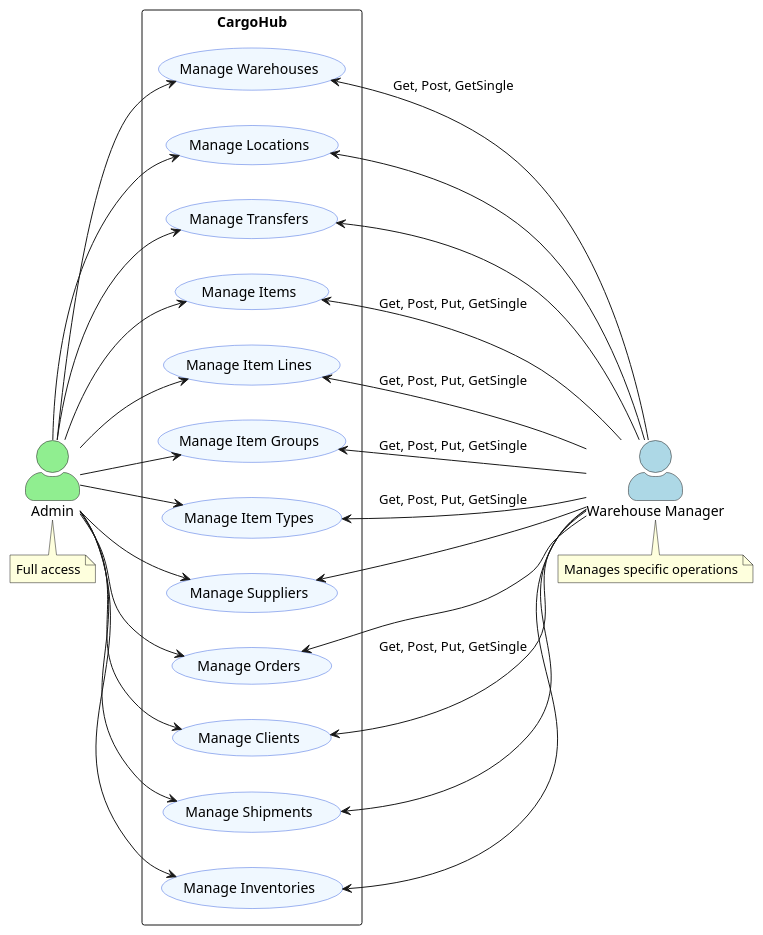
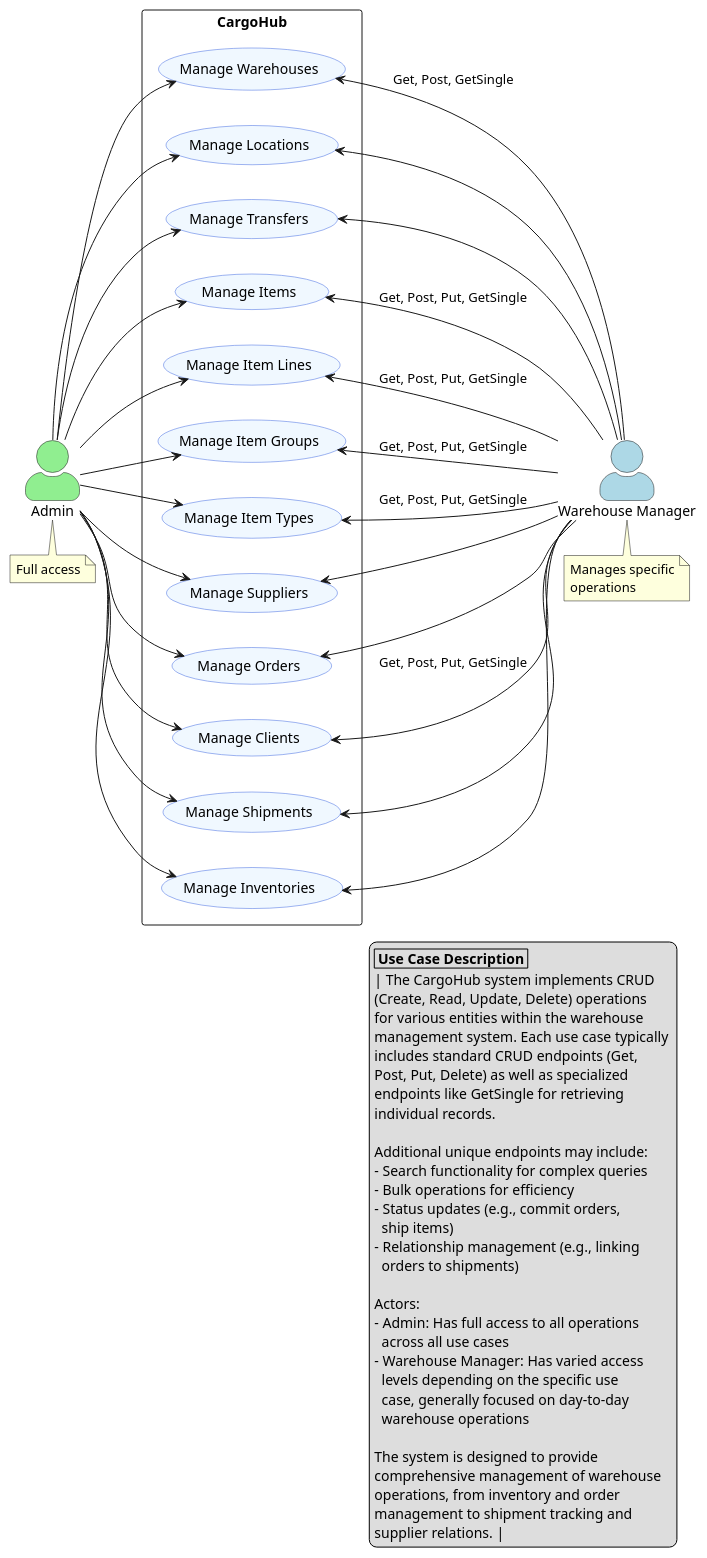
The diagram in Diagrams/usecasediagram.puml (safouuwa/Software-Construction), drawn with PlantUML before and after one commit. The commit also changed 10 other files, not shown here.

First line of the commit message:
Updated Diagrams + Yml update

```diff
--- a/Diagrams/usecasediagram.puml
+++ b/Diagrams/usecasediagram.puml
@@ -1,56 +1,89 @@
 @startuml WMS Use Case Diagram
 
 left to right direction
 skinparam actorStyle awesome
 skinparam usecaseBackgroundColor #F0F8FF
 skinparam usecaseBorderColor #4169E1
 
 actor Admin as "Admin" #LightGreen
 actor WarehouseManager as "Warehouse Manager" #LightBlue
 
 rectangle "CargoHub" {
   usecase UC1 as "Manage Warehouses"
   usecase UC2 as "Manage Locations"
   usecase UC3 as "Manage Transfers"
   usecase UC4 as "Manage Items"
   usecase UC5 as "Manage Item Lines"
   usecase UC6 as "Manage Item Groups"
   usecase UC7 as "Manage Item Types"
   usecase UC8 as "Manage Suppliers"
   usecase UC9 as "Manage Orders"
   usecase UC10 as "Manage Clients"
   usecase UC11 as "Manage Shipments"
   usecase UC12 as "Manage Inventories"
 }
 
 Admin --> UC1
 Admin --> UC2
 Admin --> UC3
 Admin --> UC4
 Admin --> UC5
 Admin --> UC6
 Admin --> UC7
 Admin --> UC8
 Admin --> UC9
 Admin --> UC10
 Admin --> UC11
 Admin --> UC12
 
-
 UC1 <-- WarehouseManager : Get, Post, GetSingle
 UC2 <-- WarehouseManager
 UC3 <-- WarehouseManager
 UC4 <-- WarehouseManager : Get, Post, Put, GetSingle
 UC5 <-- WarehouseManager : Get, Post, Put, GetSingle
 UC6 <-- WarehouseManager : Get, Post, Put, GetSingle
 UC7 <-- WarehouseManager : Get, Post, Put, GetSingle
 UC8 <-- WarehouseManager 
 UC9 <-- WarehouseManager 
 UC10 <-- WarehouseManager : Get, Post, Put, GetSingle
 UC11 <-- WarehouseManager 
 UC12 <-- WarehouseManager
 
 note bottom of Admin : Full access
-note bottom of WarehouseManager : Manages specific operations
+note bottom of WarehouseManager : Manages specific\noperations
+
+legend right
+|= Use Case Description |
+| The CargoHub system implements CRUD 
+(Create, Read, Update, Delete) operations 
+for various entities within the warehouse 
+management system. Each use case typically 
+includes standard CRUD endpoints (Get, 
+Post, Put, Delete) as well as specialized 
+endpoints like GetSingle for retrieving 
+individual records.
+
+Additional unique endpoints may include:
+- Search functionality for complex queries
+- Bulk operations for efficiency
+- Status updates (e.g., commit orders, 
+  ship items)
+- Relationship management (e.g., linking 
+  orders to shipments)
+
+Actors:
+- Admin: Has full access to all operations 
+  across all use cases
+- Warehouse Manager: Has varied access 
+  levels depending on the specific use 
+  case, generally focused on day-to-day 
+  warehouse operations
+
+The system is designed to provide 
+comprehensive management of warehouse 
+operations, from inventory and order 
+management to shipment tracking and 
+supplier relations. |
+endlegend
 
 @enduml
```
